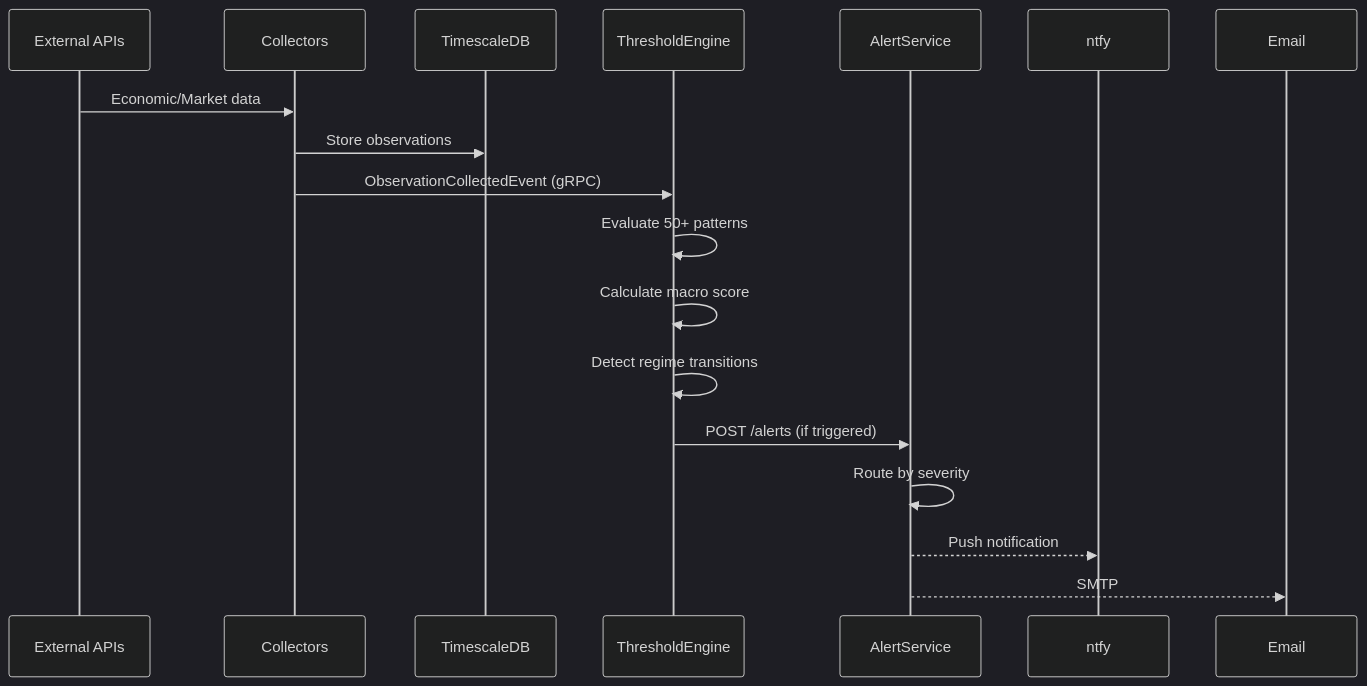
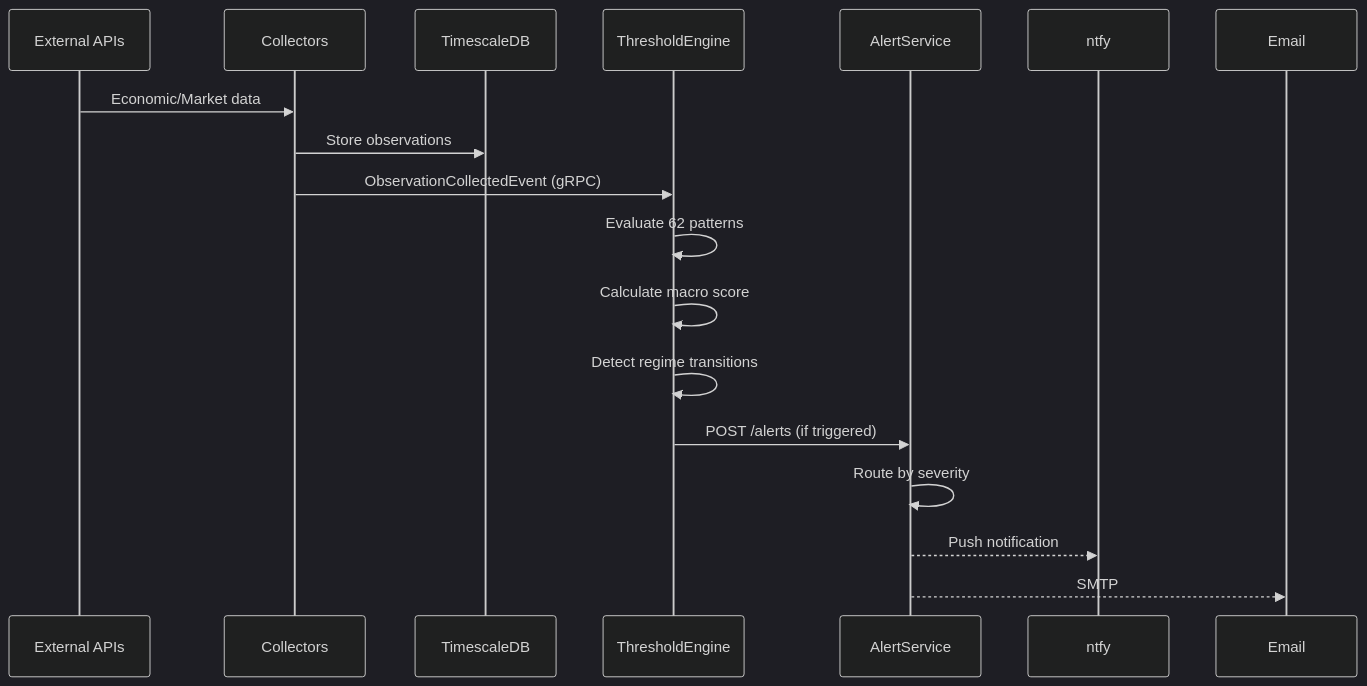
One commit to jpansarasa/ATLAS-Docs changed the second of 4 diagrams in docs/ARCHITECTURE.md. Above: the diagram before and after it, drawn with Mermaid (dark theme). The commit also changed other lines of this file and 4 other files, not shown here.

````diff
--- a/docs/ARCHITECTURE.md
+++ b/docs/ARCHITECTURE.md
@@ -118,19 +141,19 @@
 ```mermaid
 sequenceDiagram
     participant APIs as External APIs
     participant COL as Collectors
     participant DB as TimescaleDB
     participant TE as ThresholdEngine
     participant AS as AlertService
 
     APIs->>COL: Economic/Market data
     COL->>DB: Store observations
     COL->>TE: ObservationCollectedEvent (gRPC)
-    TE->>TE: Evaluate 50+ patterns
+    TE->>TE: Evaluate 62 patterns
     TE->>TE: Calculate macro score
     TE->>TE: Detect regime transitions
     TE->>AS: POST /alerts (if triggered)
     AS->>AS: Route by severity
     AS-->>ntfy: Push notification
     AS-->>Email: SMTP
 ```
````
